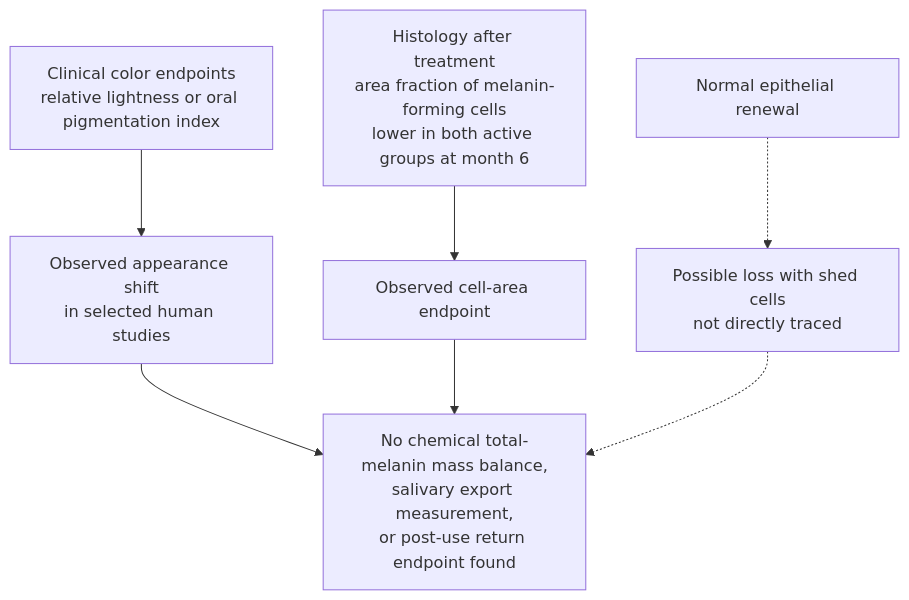
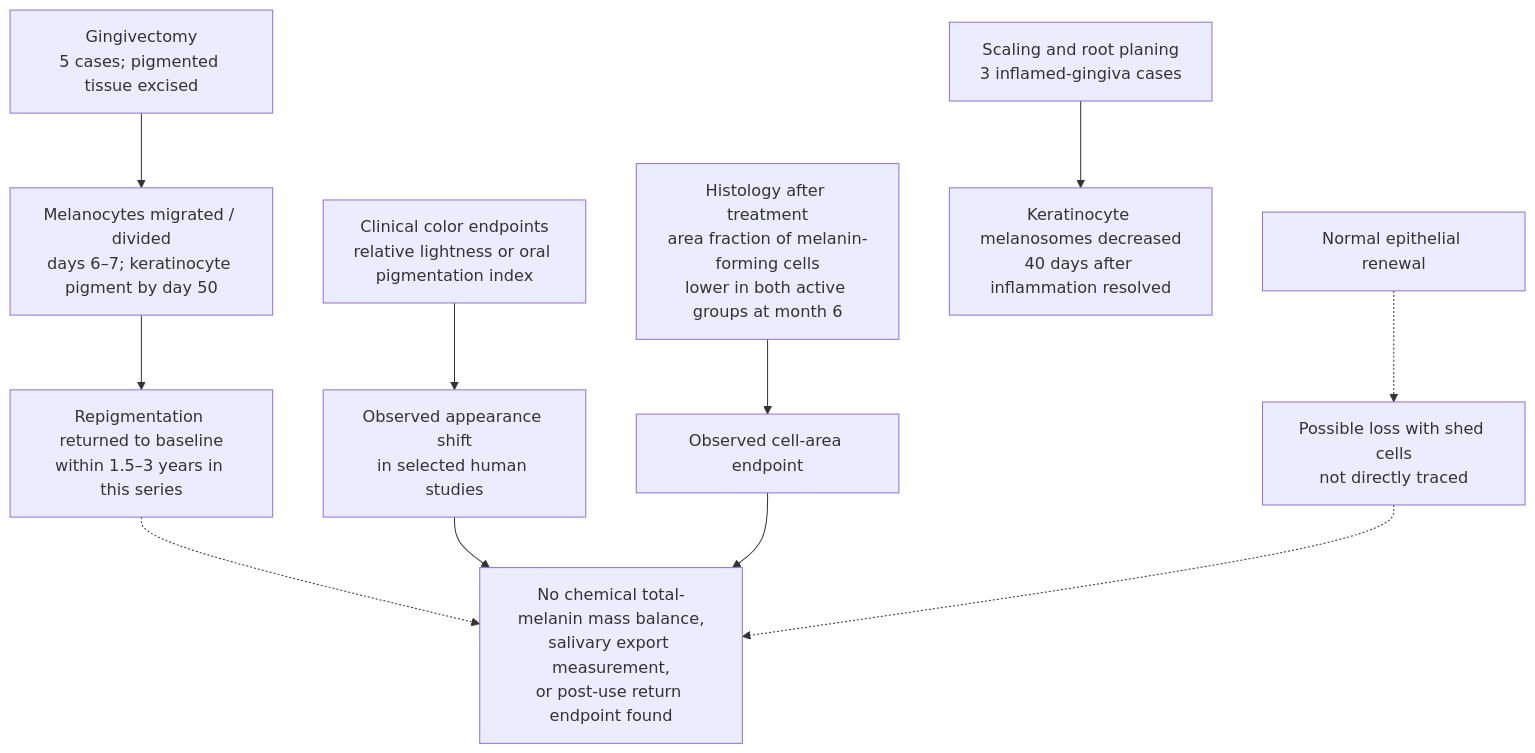
Diagram 12 of 37 in research/tissue-pigment-atlas.md (dylanstechmann/iris-color-without-contacts), drawn with Mermaid before and after one commit. The commit also changed other lines of this file, not shown here.

Commit message:
Add oral inflammation and repigmentation evidence

````diff
--- a/research/tissue-pigment-atlas.md
+++ b/research/tissue-pigment-atlas.md
@@ -343,9 +343,13 @@
 ```mermaid
 flowchart TD
     A["Clinical color endpoints<br/>relative lightness or oral pigmentation index"] --> B["Observed appearance shift<br/>in selected human studies"]
     C["Histology after treatment<br/>area fraction of melanin-forming cells<br/>lower in both active groups at month 6"] --> D["Observed cell-area endpoint"]
     E["Normal epithelial renewal"] -.-> F["Possible loss with shed cells<br/>not directly traced"]
+    H["Scaling and root planing<br/>3 inflamed-gingiva cases"] --> I["Keratinocyte melanosomes decreased<br/>40 days after inflammation resolved"]
+    J["Gingivectomy<br/>5 cases; pigmented tissue excised"] --> K["Melanocytes migrated / divided<br/>days 6–7; keratinocyte pigment by day 50"]
+    K --> L["Repigmentation returned to baseline<br/>within 1.5–3 years in this series"]
+    L -.-> G
     B --> G["Available measurements<br/>do not establish pigment fate"]
     D --> G
     F -.-> G["No chemical total-melanin mass balance,<br/>salivary export measurement,<br/>or post-use return endpoint found"]
 ```
````
